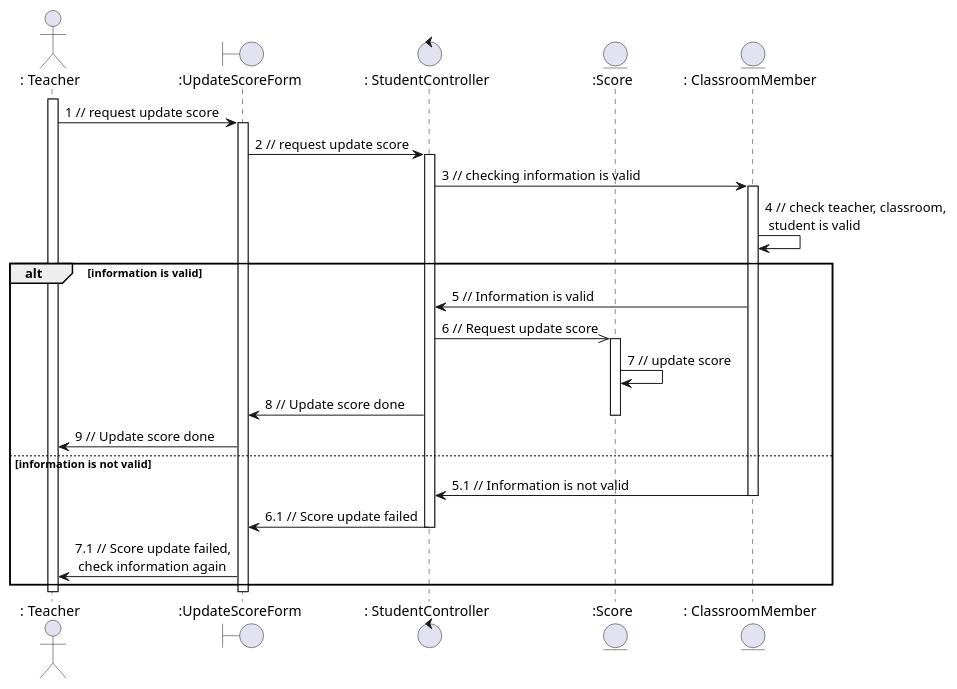
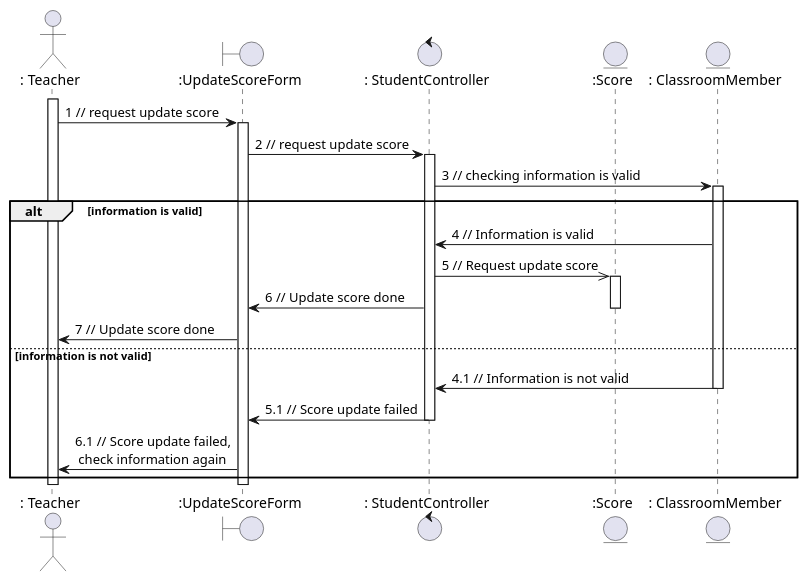
One commit to anonyhostvn/OOAD-Diagram changed the diagram in sequence - analaysis/rollcall/updateScore.plantuml. Above: the diagram before and after it, drawn with PlantUML. The commit also changed 1 other file, not shown here.

Commit message:
add update score

```diff
--- a/sequence - analaysis/rollcall/updateScore.plantuml
+++ b/sequence - analaysis/rollcall/updateScore.plantuml
@@ -1,38 +1,36 @@
 @startuml updateScore
 
 actor ": Teacher"
 boundary ":UpdateScoreForm"
 control ": StudentController"
 entity ":Score"
 entity ": ClassroomMember"
 
 activate ": Teacher"
 
 ": Teacher" -> ":UpdateScoreForm": 1 // request update score
 activate ":UpdateScoreForm"
 ":UpdateScoreForm" -> ": StudentController": 2 // request update score
 activate ": StudentController"
 ": StudentController" -> ": ClassroomMember": 3 // checking information is valid
 activate ": ClassroomMember"
-": ClassroomMember" -> ": ClassroomMember": 4 // check teacher, classroom, \n student is valid
 alt information is valid
-    ": ClassroomMember" -> ": StudentController": 5 // Information is valid
-    ": StudentController" ->> ":Score": 6 // Request update score
+    ": ClassroomMember" -> ": StudentController": 4 // Information is valid
+    ": StudentController" ->> ":Score": 5 // Request update score
     activate ":Score"
-    ":Score" -> ":Score": 7 // update score
-    ": StudentController" -> ":UpdateScoreForm": 8 // Update score done
+    ": StudentController" -> ":UpdateScoreForm": 6 // Update score done
     deactivate ":Score"
-    ":UpdateScoreForm" -> ": Teacher": 9 // Update score done
+    ":UpdateScoreForm" -> ": Teacher": 7 // Update score done
 else information is not valid
-    ": ClassroomMember" -> ": StudentController": 5.1 // Information is not valid
+    ": ClassroomMember" -> ": StudentController": 4.1 // Information is not valid
     deactivate ": ClassroomMember"
-    ": StudentController" -> ":UpdateScoreForm": 6.1 // Score update failed
+    ": StudentController" -> ":UpdateScoreForm": 5.1 // Score update failed
     deactivate ": StudentController"
-    ":UpdateScoreForm" -> ": Teacher": 7.1 // Score update failed,\n check information again
+    ":UpdateScoreForm" -> ": Teacher": 6.1 // Score update failed,\n check information again
 end
 
 deactivate ": Teacher"
 deactivate ":UpdateScoreForm"
 
 
 @enduml
```
